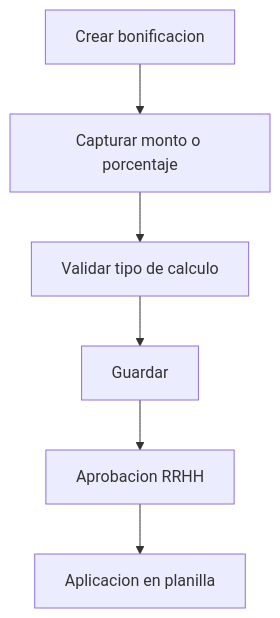
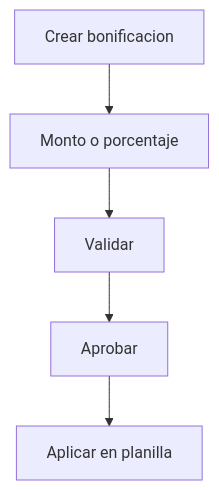
One commit to Robertoart13/NewKipital changed the diagram in docs/09-acciones-personal/ACCION-BONIFICACIONES.md. Above: the diagram before and after it, drawn with Mermaid. The commit also changed other lines of this file and 119 other files, not shown here.

````diff
--- a/docs/09-acciones-personal/ACCION-BONIFICACIONES.md
+++ b/docs/09-acciones-personal/ACCION-BONIFICACIONES.md
@@ -4,8 +10,7 @@
 ```mermaid
 flowchart TD
-  A[Crear bonificacion] --> B[Capturar monto o porcentaje]
-  B --> C[Validar tipo de calculo]
-  C --> D[Guardar]
-  D --> E[Aprobacion RRHH]
-  E --> F[Aplicacion en planilla]
+  A[Crear bonificacion] --> B[Monto o porcentaje]
+  B --> C[Validar]
+  C --> D[Aprobar]
+  D --> E[Aplicar en planilla]
 ```
````
